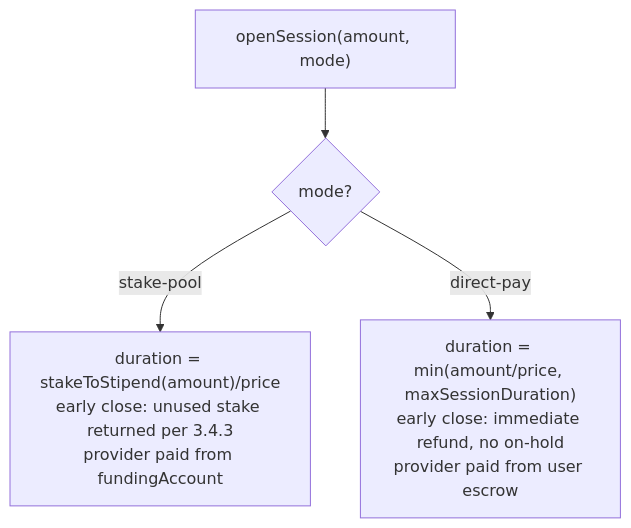
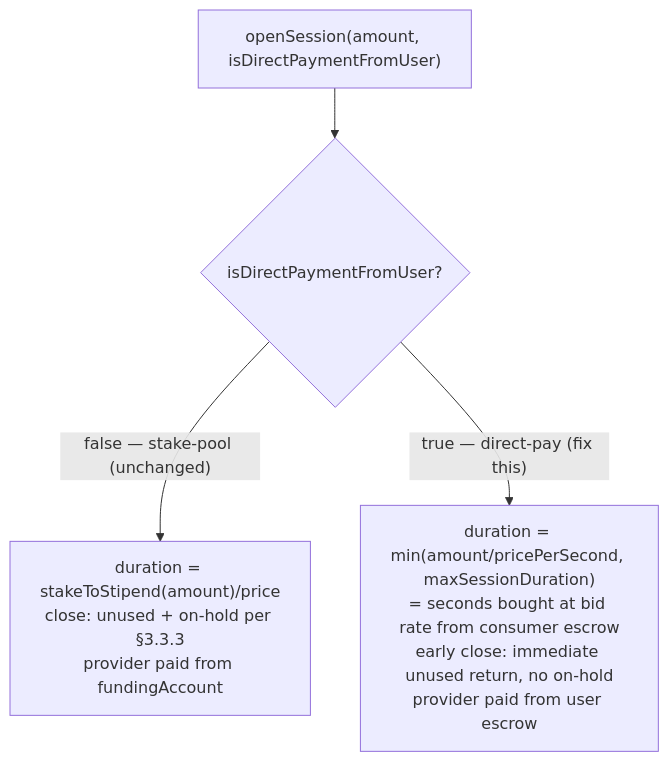
Before and after one commit to cowboycoderhq/Morpheus-Lumerin-Node: the second of 4 diagrams in smart-contracts/docs/inference-contract-enhancements-rfp.md, drawn with Mermaid. The commit also changed other lines of this file and 2 other files, not shown here.

````diff
--- a/smart-contracts/docs/inference-contract-enhancements-rfp.md
+++ b/smart-contracts/docs/inference-contract-enhancements-rfp.md
@@ -628,6 +202,6 @@
 ```mermaid
 flowchart TD
-  O["openSession(amount, mode)"] --> M{"mode?"}
-  M -->|"stake-pool"| SP["duration = stakeToStipend(amount)/price<br/>early close: unused stake returned per 3.4.3<br/>provider paid from fundingAccount"]
-  M -->|"direct-pay"| DP["duration = min(amount/price, maxSessionDuration)<br/>early close: immediate refund, no on-hold<br/>provider paid from user escrow"]
+  O["openSession(amount, isDirectPaymentFromUser)"] --> M{"isDirectPaymentFromUser?"}
+  M -->|"false — stake-pool (unchanged)"| SP["duration = stakeToStipend(amount)/price<br/>close: unused + on-hold per §3.3.3<br/>provider paid from fundingAccount"]
+  M -->|"true — direct-pay (fix this)"| DP["duration = min(amount/pricePerSecond, maxSessionDuration)<br/>= seconds bought at bid rate from consumer escrow<br/>early close: immediate unused return, no on-hold<br/>provider paid from user escrow"]
 ```
````
